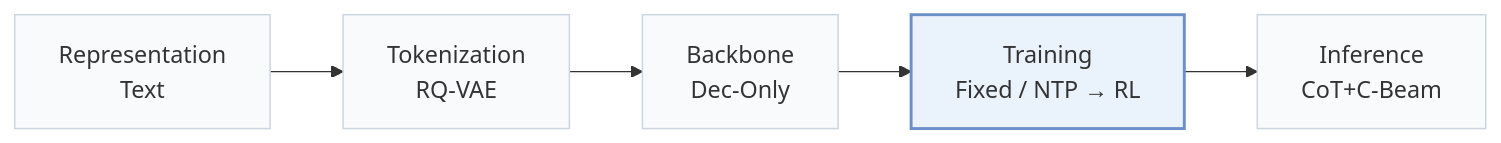
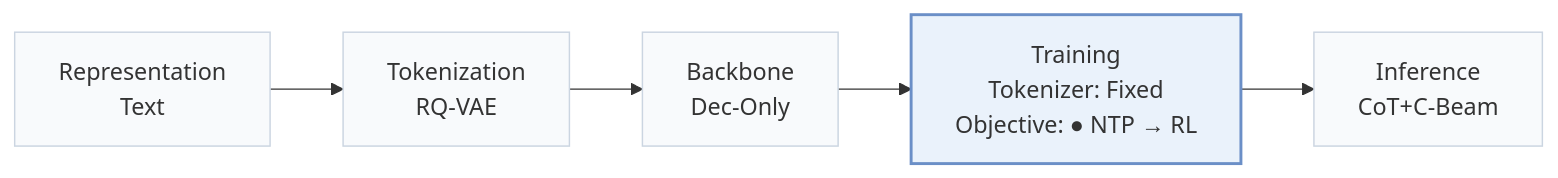
One commit to Galaxy-ghost/Awesome-SID-Generative-Rec changed the first of 2 diagrams in pages/papers/evo-rec.md. Above: the diagram before and after it, drawn with Mermaid. The commit also changed other lines of this file and 558 other files, not shown here.

````diff
--- a/pages/papers/evo-rec.md
+++ b/pages/papers/evo-rec.md
@@ -15,8 +18,8 @@
 ```mermaid
 flowchart LR
-    R["Representation<br/>Text"] --> T["Tokenization<br/>RQ-VAE"] --> B["Backbone<br/>Dec-Only"] --> TR["Training<br/>Fixed / NTP → RL"] --> I["Inference<br/>CoT+C-Beam"]
+    R["Representation<br/>Text"] --> T["Tokenization<br/>RQ-VAE"] --> B["Backbone<br/>Dec-Only"] --> TR["Training<br/>Tokenizer: Fixed<br/>Objective: ● NTP → RL"] --> I["Inference<br/>CoT+C-Beam"]
     classDef base fill:#f8fafc,stroke:#cbd5e1
     class R,T,B,TR,I base
     classDef main fill:#eaf2fb,stroke:#6b8fc7,stroke-width:2px
     class TR main
 ```
````
